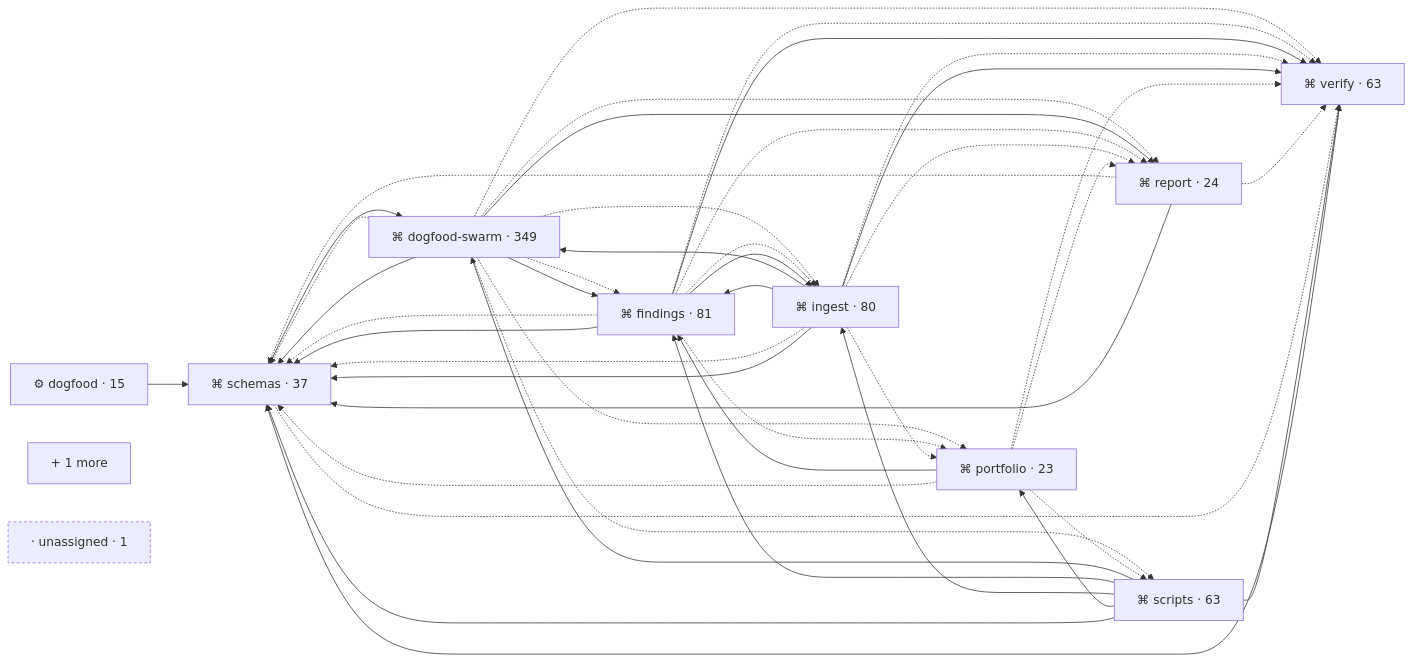
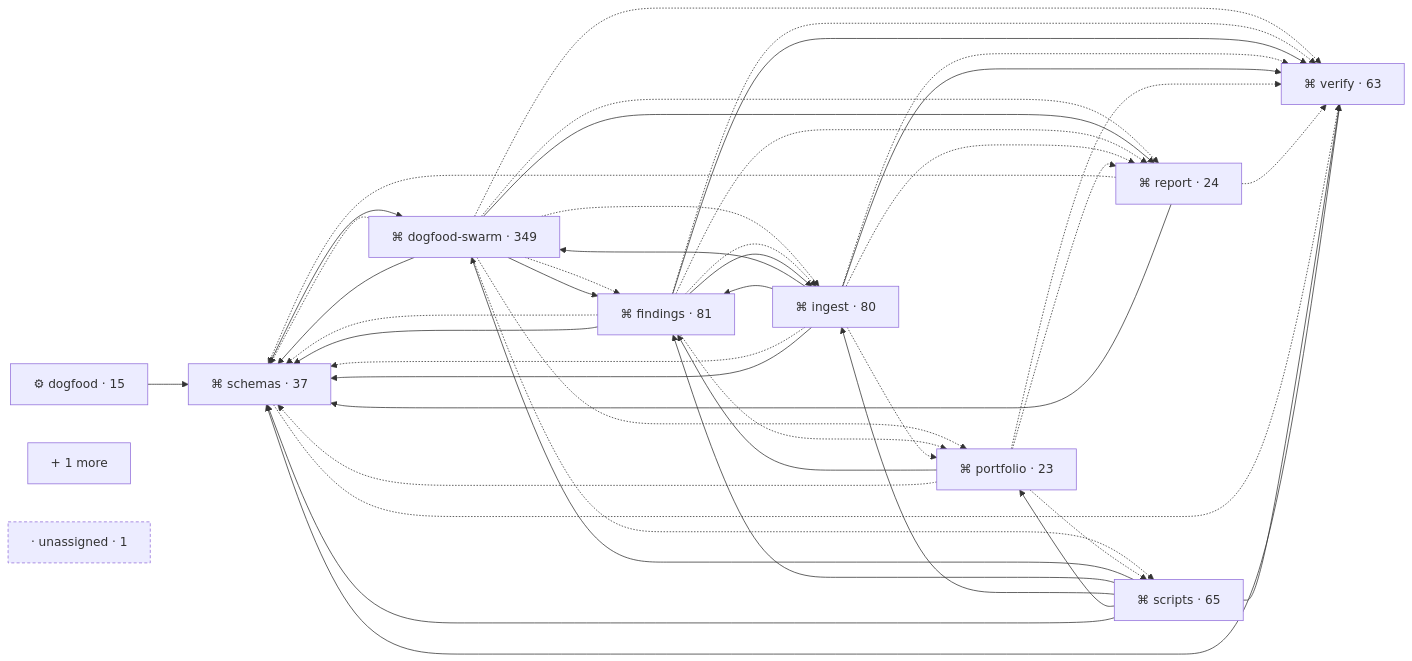
Before and after one commit to dogfood-lab/testing-os: the diagram in atlas/orientation.md, drawn with Mermaid. The commit also changed other lines of this file and 6 other files, not shown here.

````diff
--- a/atlas/orientation.md
+++ b/atlas/orientation.md
@@ -13,59 +13,59 @@
 ```mermaid
 flowchart LR
 n_dogfood["⚙ dogfood · 15"]
 n_dogfood_swarm["⌘ dogfood-swarm · 349"]
 n_findings["⌘ findings · 81"]
 n_ingest["⌘ ingest · 80"]
 n_portfolio["⌘ portfolio · 23"]
 n_report["⌘ report · 24"]
 n_schemas["⌘ schemas · 37"]
-n_scripts["⌘ scripts · 63"]
+n_scripts["⌘ scripts · 65"]
 n_verify["⌘ verify · 63"]
 more["+ 1 more"]
 unassigned["· unassigned · 1"]:::unassigned
 n_dogfood --> n_schemas
 n_dogfood_swarm -.-> n_findings
 n_dogfood_swarm --> n_findings
 n_dogfood_swarm -.-> n_ingest
 n_dogfood_swarm -.-> n_portfolio
 n_dogfood_swarm -.-> n_report
 n_dogfood_swarm --> n_report
 n_dogfood_swarm -.-> n_schemas
 n_dogfood_swarm --> n_schemas
 n_dogfood_swarm -.-> n_scripts
 n_dogfood_swarm -.-> n_verify
 n_findings -.-> n_ingest
 n_findings --> n_ingest
 n_findings -.-> n_portfolio
 n_findings -.-> n_report
 n_findings -.-> n_schemas
 n_findings --> n_schemas
 n_findings -.-> n_verify
 n_findings --> n_verify
 n_ingest --> n_dogfood_swarm
 n_ingest --> n_findings
 n_ingest -.-> n_portfolio
 n_ingest -.-> n_report
 n_ingest -.-> n_schemas
 n_ingest --> n_schemas
 n_ingest -.-> n_verify
 n_ingest --> n_verify
 n_portfolio --> n_findings
 n_portfolio -.-> n_report
 n_portfolio -.-> n_schemas
 n_portfolio -.-> n_scripts
 n_portfolio -.-> n_verify
 n_report -.-> n_schemas
 n_report --> n_schemas
 n_report -.-> n_verify
 n_schemas --> n_dogfood_swarm
 n_schemas -.-> n_verify
 n_scripts --> n_dogfood_swarm
 n_scripts --> n_findings
 n_scripts --> n_ingest
 n_scripts --> n_portfolio
 n_scripts --> n_schemas
 n_scripts --> n_verify
 n_verify --> n_schemas
 classDef unassigned stroke-dasharray: 4 3
 ```
````
